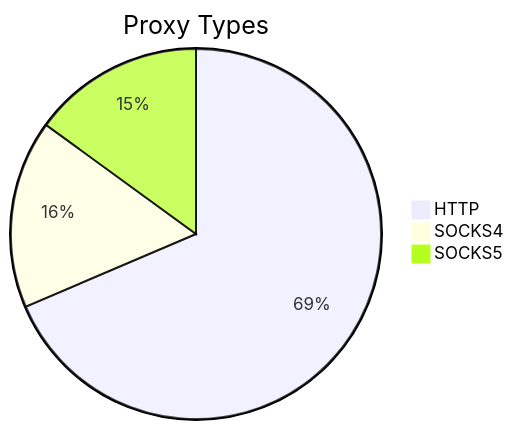
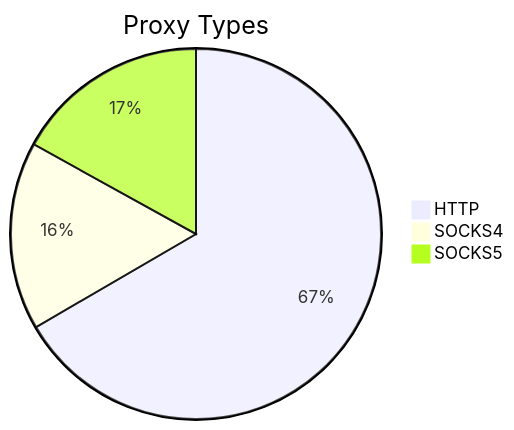
The first of 2 diagrams in README.md (stormsia/proxy-list), drawn with Mermaid before and after one commit. The commit also changed other lines of this file, not shown here.

````diff
--- a/README.md
+++ b/README.md
@@ -21,6 +21,6 @@
 ```mermaid
 pie title Proxy Types
-    "HTTP" : 334
-    "SOCKS4" : 80
-    "SOCKS5" : 73
+    "HTTP" : 381
+    "SOCKS4" : 94
+    "SOCKS5" : 97
 ```
````
